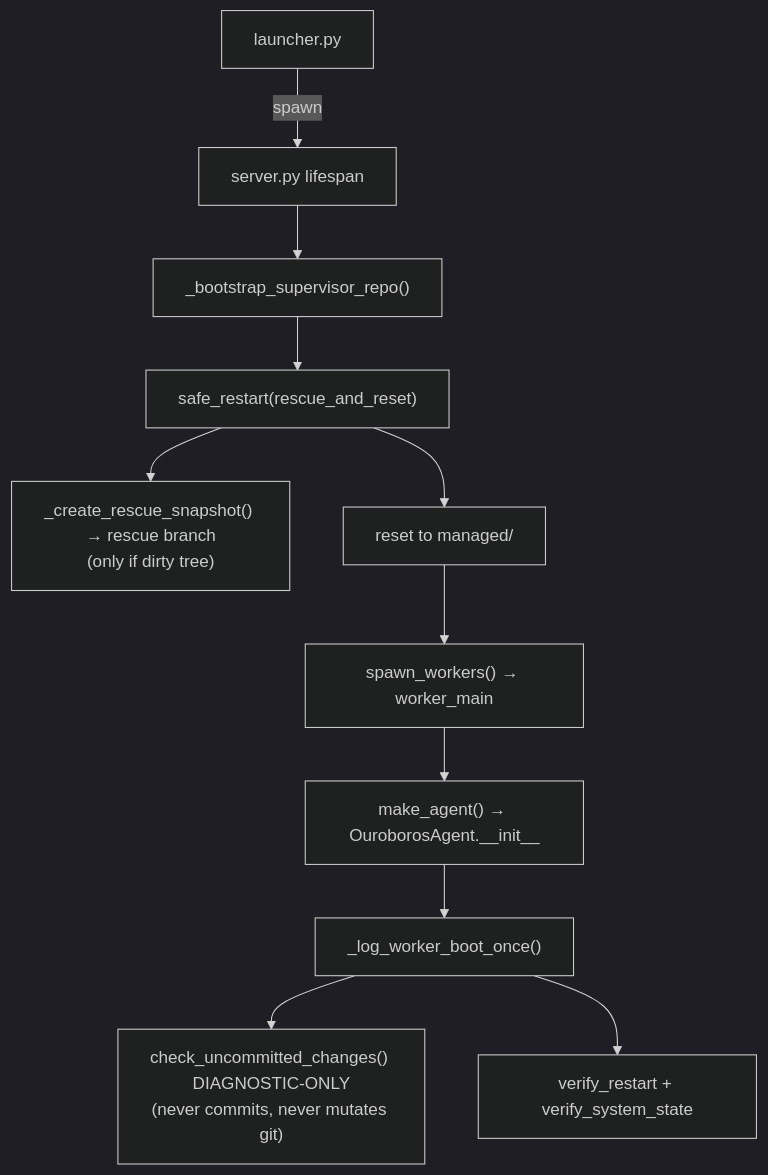
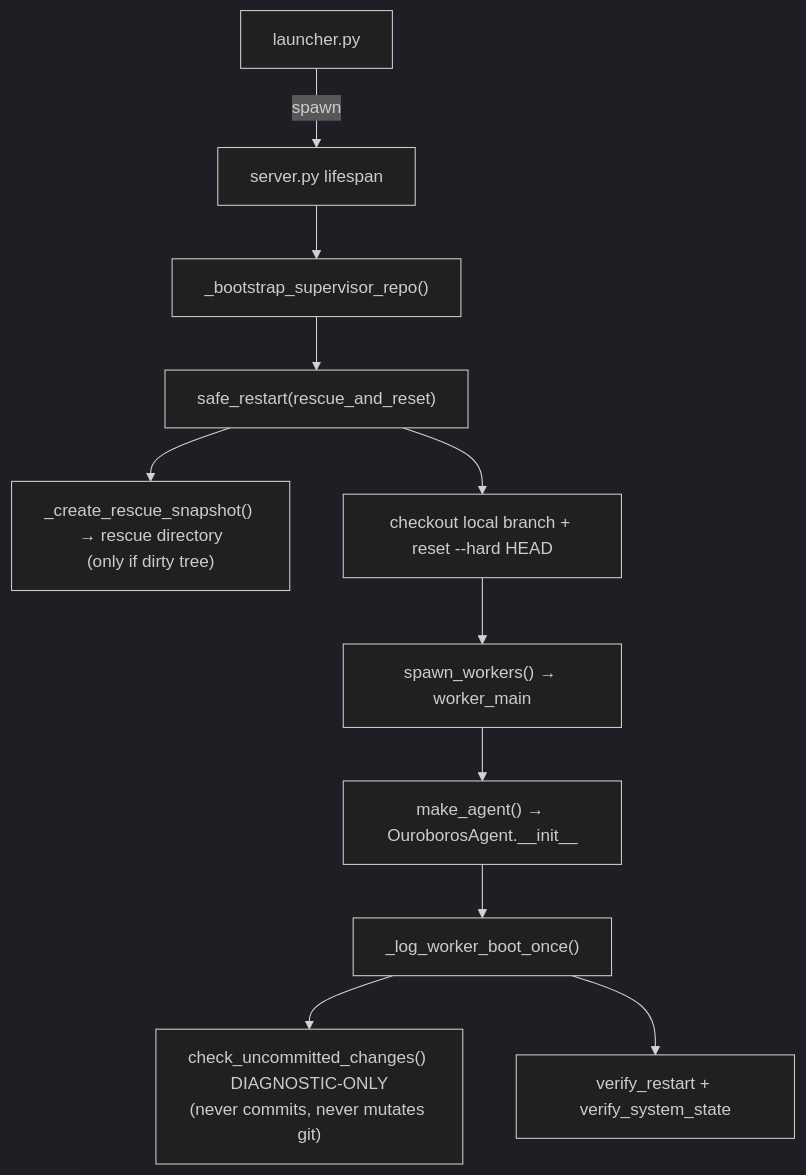
One commit to kazzand/ouroboros-desktop changed the diagram in docs/ARCHITECTURE.md. Above: the diagram before and after it, drawn with Mermaid (dark theme). The commit also changed other lines of this file and 11 other files, not shown here.

````diff
--- a/docs/ARCHITECTURE.md
+++ b/docs/ARCHITECTURE.md
@@ -275,13 +280,13 @@
 ```mermaid
 flowchart TD
     L[launcher.py] -->|spawn| S[server.py lifespan]
     S --> B["_bootstrap_supervisor_repo()"]
     B --> SR["safe_restart(rescue_and_reset)"]
-    SR --> RS["_create_rescue_snapshot() → rescue branch<br/>(only if dirty tree)"]
-    SR --> RB[reset to managed/<branch>]
+    SR --> RS["_create_rescue_snapshot() → rescue directory<br/>(only if dirty tree)"]
+    SR --> RB[checkout local branch + reset --hard HEAD]
     RB --> SW["spawn_workers() → worker_main"]
     SW --> MA["make_agent() → OuroborosAgent.__init__"]
     MA --> LB["_log_worker_boot_once()"]
     LB --> CU["check_uncommitted_changes() DIAGNOSTIC-ONLY<br/>(never commits, never mutates git)"]
     LB --> VR["verify_restart + verify_system_state"]
 ```
````
